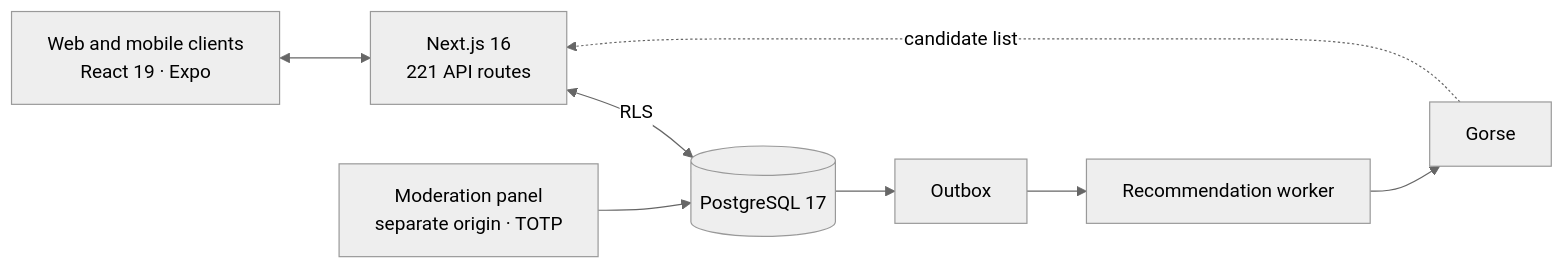
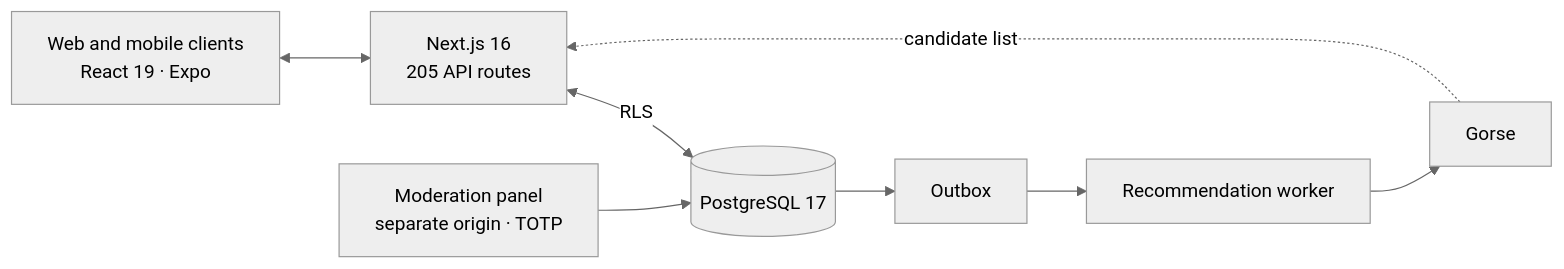
The diagram in README.en.md (LightWonkas/avizi-showcase), drawn with Mermaid (neutral theme) before and after one commit. The commit also changed other lines of this file and 2 other files, not shown here.

````diff
--- a/README.en.md
+++ b/README.en.md
@@ -46,10 +46,10 @@
 ```mermaid
 flowchart LR
-  C[Web and mobile clients<br/>React 19 · Expo] <--> N[Next.js 16<br/>221 API routes]
+  C[Web and mobile clients<br/>React 19 · Expo] <--> N[Next.js 16<br/>205 API routes]
   N <-->|RLS| DB[(PostgreSQL 17)]
   DB --> O[Outbox]
   O --> W[Recommendation worker]
   W --> G[Gorse]
   G -.->|candidate list| N
   M[Moderation panel<br/>separate origin · TOTP] --> DB
 ```
````
